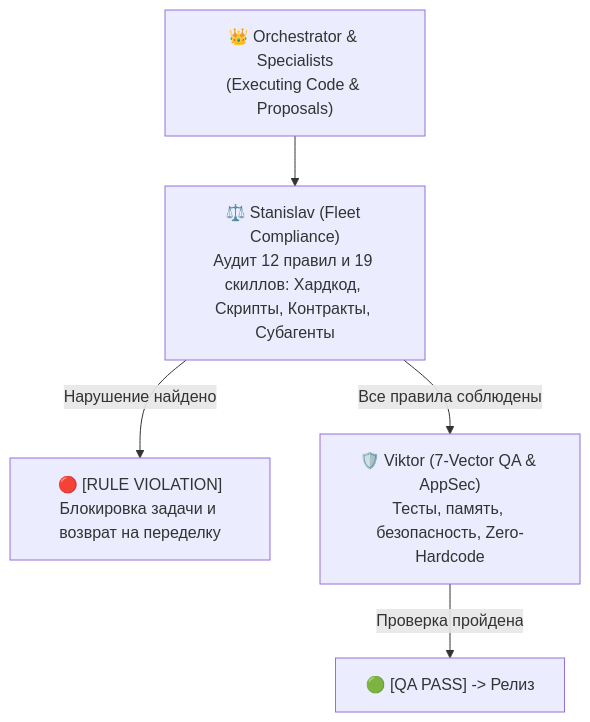
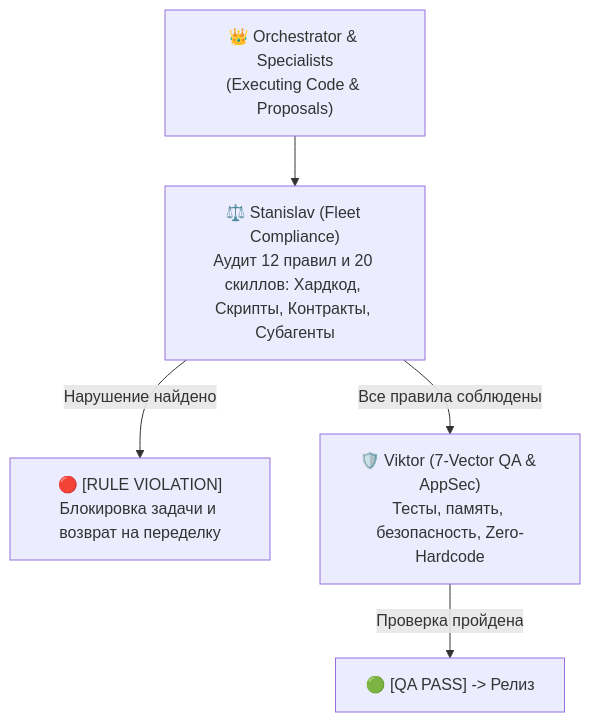
Before and after one commit to neon1301/hermes-mode-antigravity: the diagram in skills/hermes/references/compliance-audit-standards.md, drawn with Mermaid. The commit also changed other lines of this file and 3 other files, not shown here.

````diff
--- a/skills/hermes/references/compliance-audit-standards.md
+++ b/skills/hermes/references/compliance-audit-standards.md
@@ -13,7 +13,7 @@
 ```mermaid
 flowchart TD
-    Lead["👑 Orchestrator & Specialists\n(Executing Code & Proposals)"] --> Auditor["⚖️ Stanislav (Fleet Compliance)\nАудит 12 правил и 19 скиллов: Хардкод, Скрипты, Контракты, Субагенты"]
+    Lead["👑 Orchestrator & Specialists\n(Executing Code & Proposals)"] --> Auditor["⚖️ Stanislav (Fleet Compliance)\nАудит 12 правил и 20 скиллов: Хардкод, Скрипты, Контракты, Субагенты"]
     Auditor -->|Нарушение найдено| Reject["🔴 [RULE VIOLATION]\nБлокировка задачи и возврат на переделку"]
     Auditor -->|Все правила соблюдены| QA["🛡️ Viktor (7-Vector QA & AppSec)\nТесты, память, безопасность, Zero-Hardcode"]
     QA -->|Проверка пройдена| Pass["🟢 [QA PASS] -> Релиз"]
 ```
````
